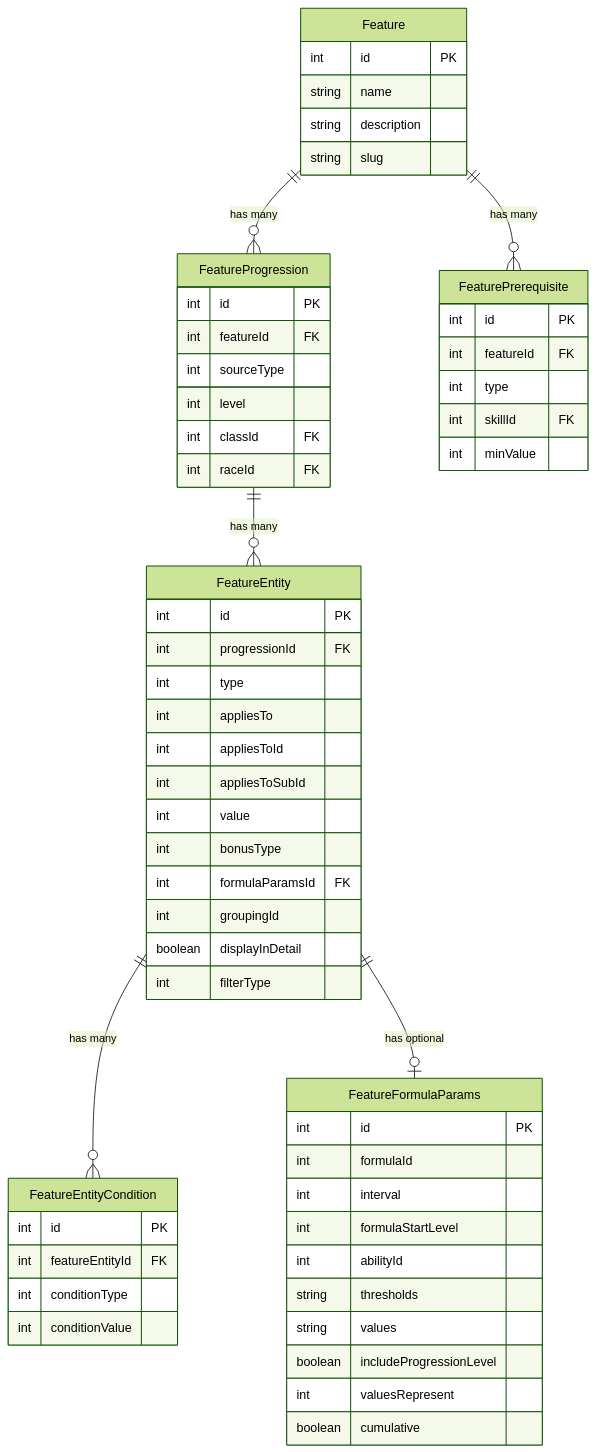
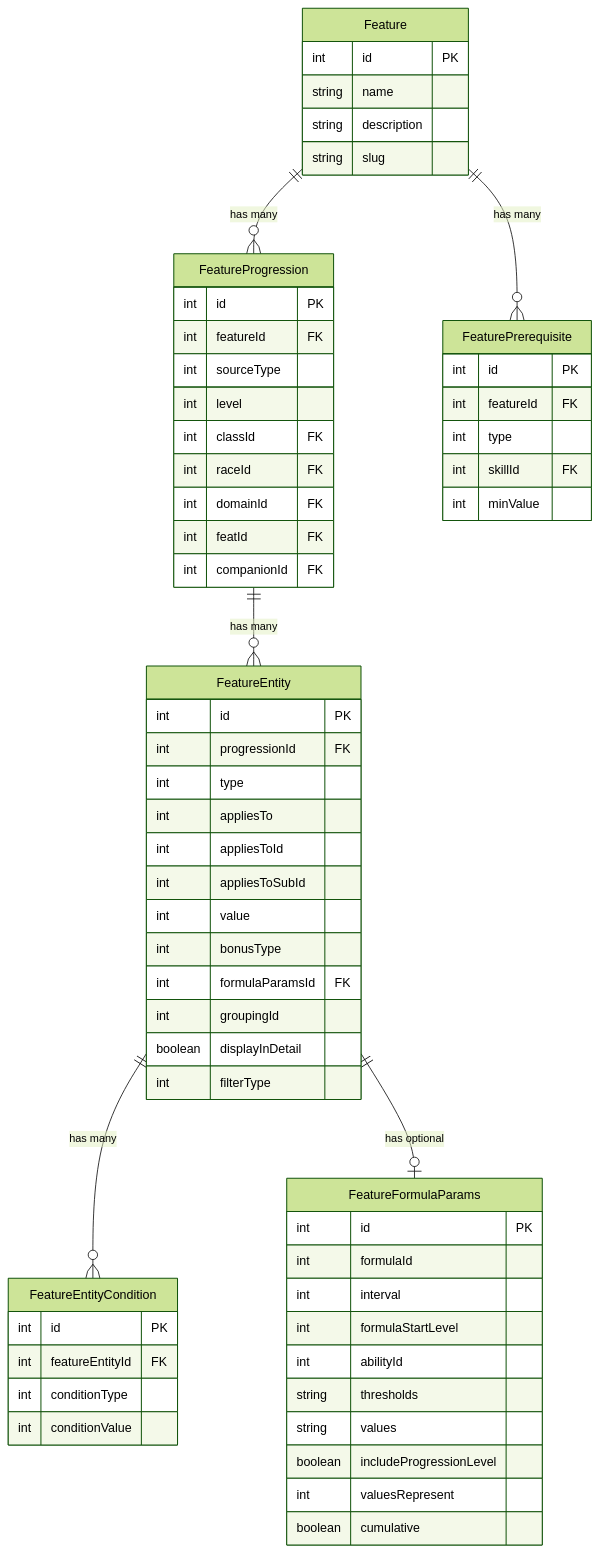
The diagram in packages/shared/docs/feature-system/architecture-principles.md (Cezero/dnd_tools), drawn with Mermaid (forest theme) before and after one commit. The commit also changed other lines of this file and 164 other files, not shown here.

````diff
--- a/packages/shared/docs/feature-system/architecture-principles.md
+++ b/packages/shared/docs/feature-system/architecture-principles.md
@@ -87,68 +87,71 @@
 ```mermaid
 erDiagram
     Feature ||--o{ FeatureProgression : "has many"
     Feature ||--o{ FeaturePrerequisite : "has many"
     FeatureProgression ||--o{ FeatureEntity : "has many"
     
     FeatureEntity ||--o{ FeatureEntityCondition : "has many"
     FeatureEntity ||--o| FeatureFormulaParams : "has optional"
     
     Feature {
         int id PK
         string name
         string description
         string slug
     }
     
     FeatureProgression {
         int id PK
         int featureId FK
         int sourceType
         int level
         int classId FK
         int raceId FK
+        int domainId FK
+        int featId FK
+        int companionId FK
     }
     
     FeaturePrerequisite {
         int id PK
         int featureId FK
         int type
         int skillId FK
         int minValue
     }
     
     FeatureEntity {
         int id PK
         int progressionId FK
         int type
         int appliesTo
         int appliesToId
         int appliesToSubId
         int value
         int bonusType
         int formulaParamsId FK
         int groupingId
         boolean displayInDetail
         int filterType
     }
     
     FeatureEntityCondition {
         int id PK
         int featureEntityId FK
         int conditionType
         int conditionValue
     }
     
     FeatureFormulaParams {
         int id PK
         int formulaId
         int interval
         int formulaStartLevel
         int abilityId
         string thresholds
         string values
         boolean includeProgressionLevel
         int valuesRepresent
         boolean cumulative
     }
 ```
````
